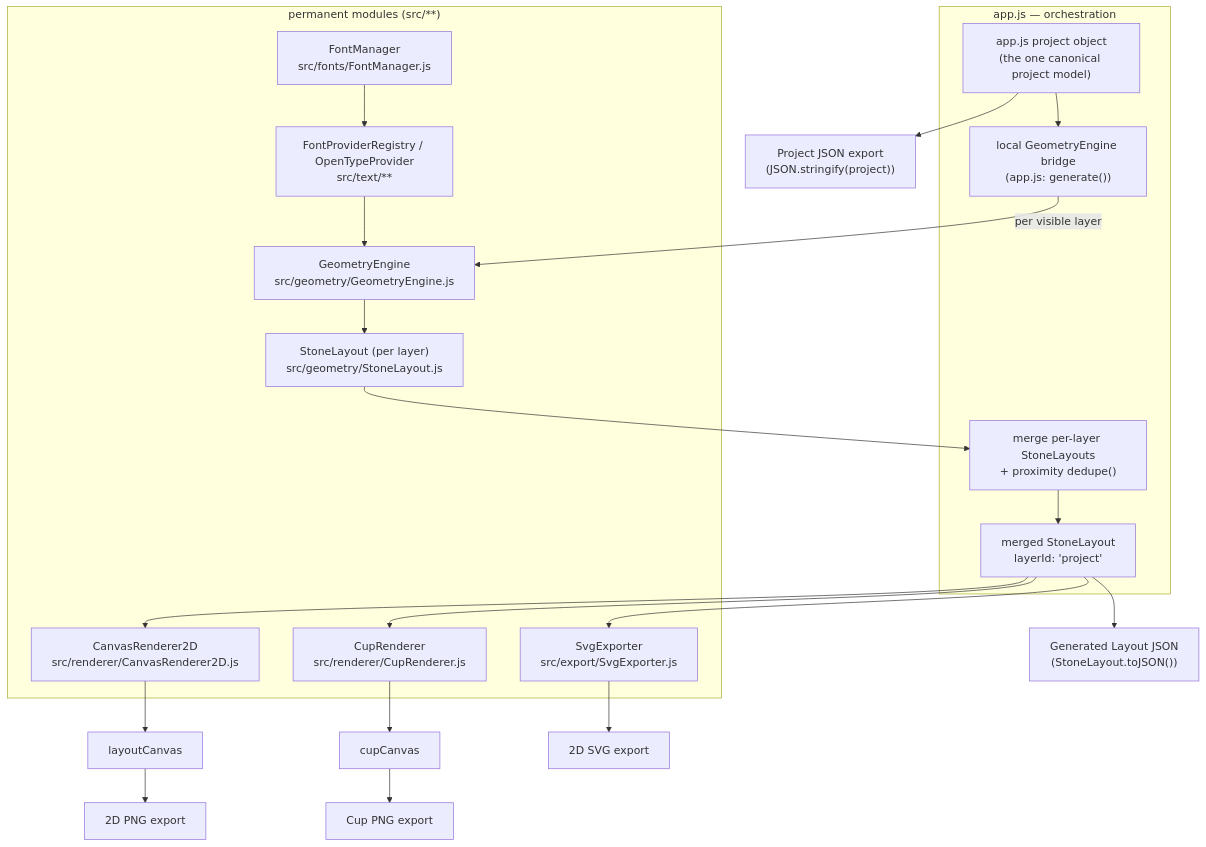
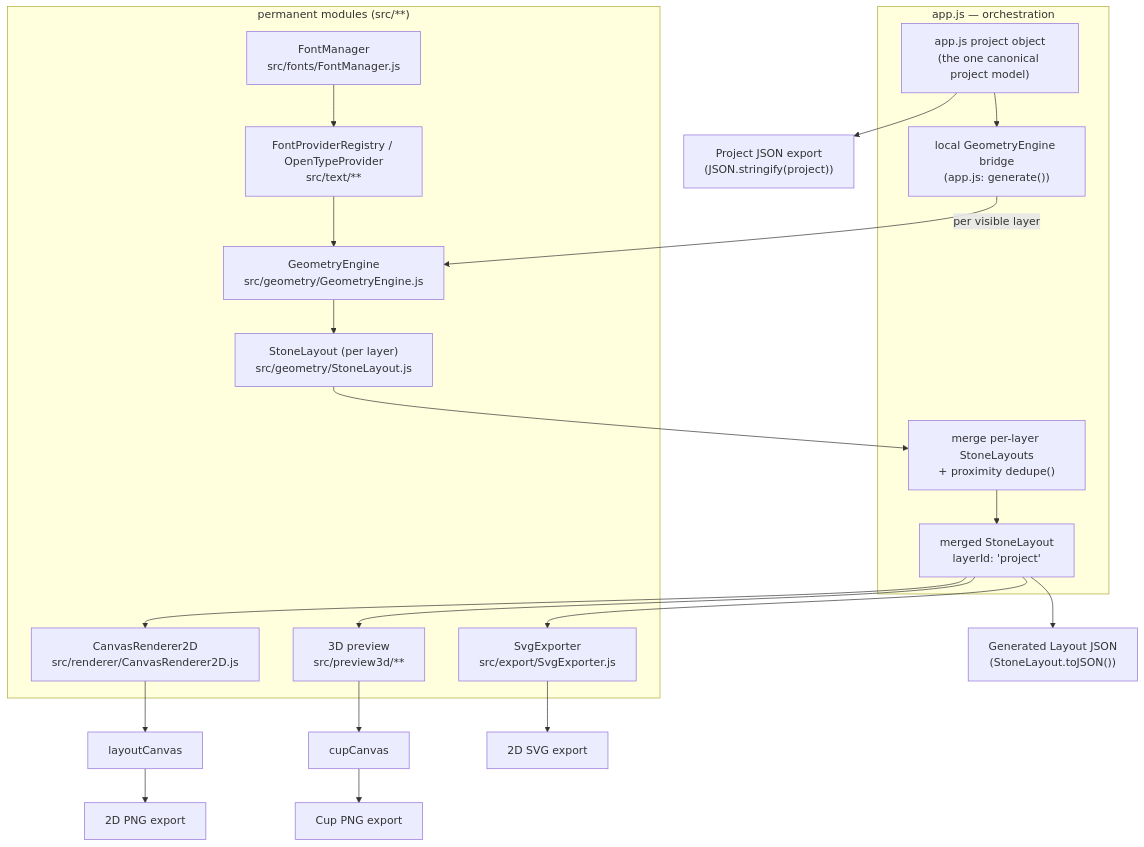
The first of 6 diagrams in docs/ARCHITECTURE.md (alexdruk/Rhinestone-Studio), drawn with Mermaid before and after one commit. The commit also changed other lines of this file and 10 other files, not shown here.

````diff
--- a/docs/ARCHITECTURE.md
+++ b/docs/ARCHITECTURE.md
@@ -756,35 +756,35 @@
 ```mermaid
 flowchart TD
     subgraph AppState["app.js — orchestration"]
         Project["app.js project object\n(the one canonical project model)"]
         LocalGE["local GeometryEngine bridge\n(app.js: generate())"]
         MergeDedupe["merge per-layer StoneLayouts\n+ proximity dedupe()"]
         MergedSL["merged StoneLayout\nlayerId: 'project'"]
     end
 
     subgraph Permanent["permanent modules (src/**)"]
         FM["FontManager\nsrc/fonts/FontManager.js"]
         FPR["FontProviderRegistry / OpenTypeProvider\nsrc/text/**"]
         PermGE["GeometryEngine\nsrc/geometry/GeometryEngine.js"]
         PerLayerSL["StoneLayout (per layer)\nsrc/geometry/StoneLayout.js"]
         R2D["CanvasRenderer2D\nsrc/renderer/CanvasRenderer2D.js"]
-        RCup["CupRenderer\nsrc/renderer/CupRenderer.js"]
+        P3D["3D preview\nsrc/preview3d/**"]
         Svg["SvgExporter\nsrc/export/SvgExporter.js"]
     end
 
     Project --> LocalGE
     FM --> FPR
     FPR --> PermGE
     LocalGE -->|"per visible layer"| PermGE
     PermGE --> PerLayerSL
     PerLayerSL --> MergeDedupe
     MergeDedupe --> MergedSL
 
     MergedSL --> R2D --> LayoutCanvas["layoutCanvas"]
-    MergedSL --> RCup --> CupCanvas["cupCanvas"]
+    MergedSL --> P3D --> CupCanvas["cupCanvas"]
     MergedSL --> Svg --> SVGOut["2D SVG export"]
     MergedSL --> LayoutJSON["Generated Layout JSON\n(StoneLayout.toJSON())"]
     LayoutCanvas --> PNG2D["2D PNG export"]
     CupCanvas --> PNGCup["Cup PNG export"]
     Project --> ProjectJSON["Project JSON export\n(JSON.stringify(project))"]
 ```
````
